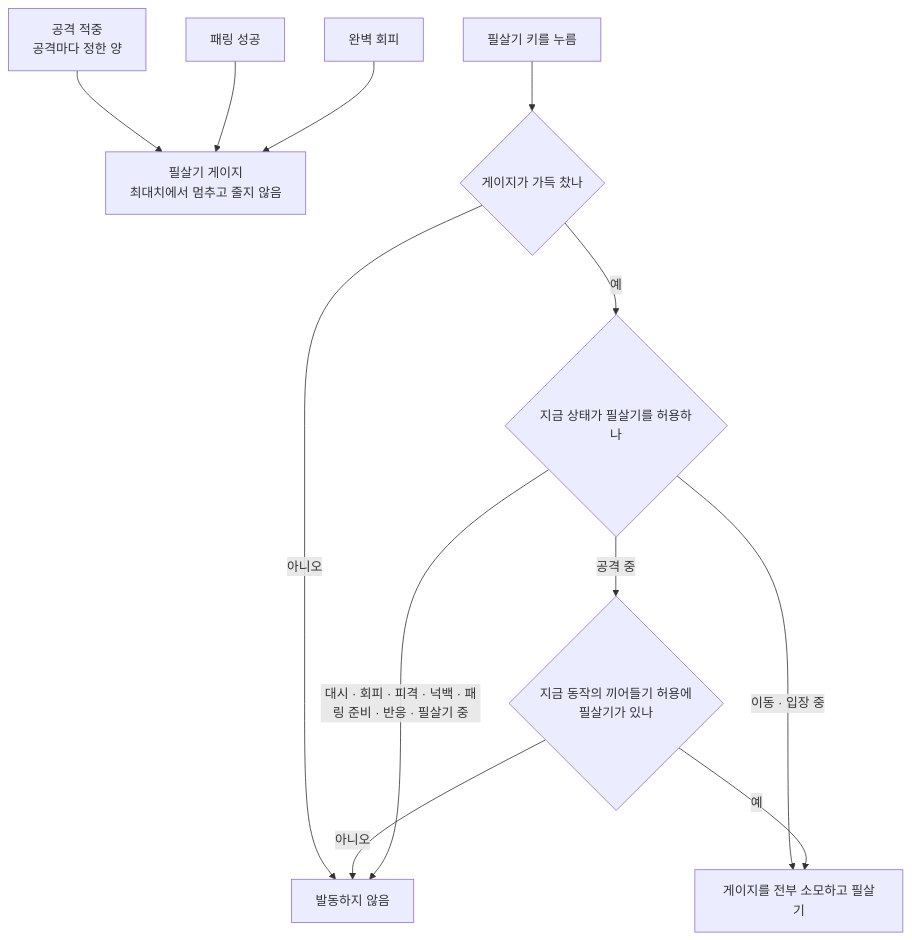
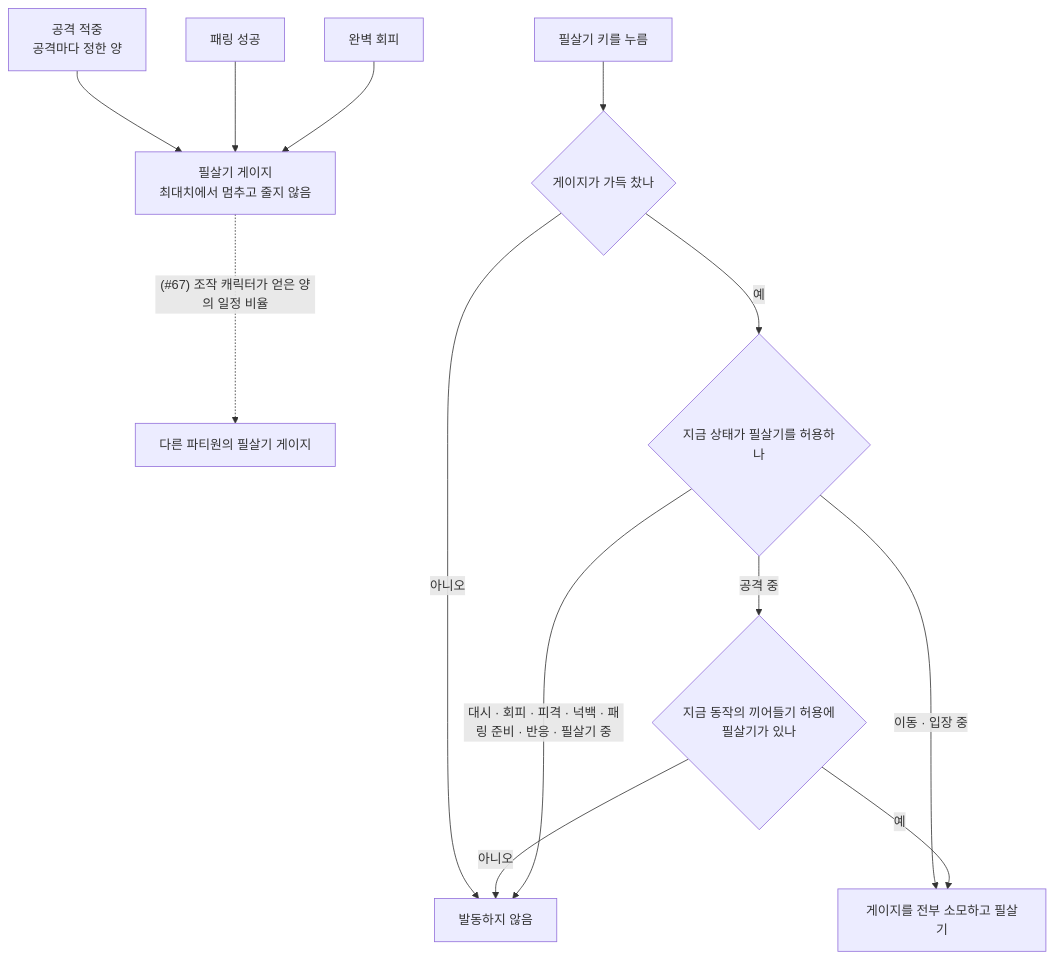
Before and after one commit to SquashPrince/Develrocket_mp15_HHH: the first of 3 diagrams in Docs/Technical/Player/PlayerUltimate.md, drawn with Mermaid. The commit also changed other lines of this file and 10 other files, not shown here.

````diff
--- a/Docs/Technical/Player/PlayerUltimate.md
+++ b/Docs/Technical/Player/PlayerUltimate.md
@@ -25,14 +25,15 @@
 ```mermaid
 flowchart TD
     HIT["공격 적중<br>공격마다 정한 양"] --> G["필살기 게이지<br>최대치에서 멈추고 줄지 않음"]
     PA["패링 성공"] --> G
     PD["완벽 회피"] --> G
+    G -.->|"(#67) 조작 캐릭터가 얻은 양의 일정 비율"| SH["다른 파티원의 필살기 게이지"]
     K["필살기 키를 누름"] --> F{"게이지가 가득 찼나"}
     F -->|"아니오"| X["발동하지 않음"]
     F -->|"예"| S{"지금 상태가 필살기를 허용하나"}
     S -->|"이동 · 입장 중"| U["게이지를 전부 소모하고 필살기"]
     S -->|"공격 중"| A{"지금 동작의 끼어들기 허용에<br>필살기가 있나"}
     A -->|"예"| U
     A -->|"아니오"| X
     S -->|"대시 · 회피 · 피격 · 넉백 · 패링 준비 · 반응 · 필살기 중"| X
 ```
````
